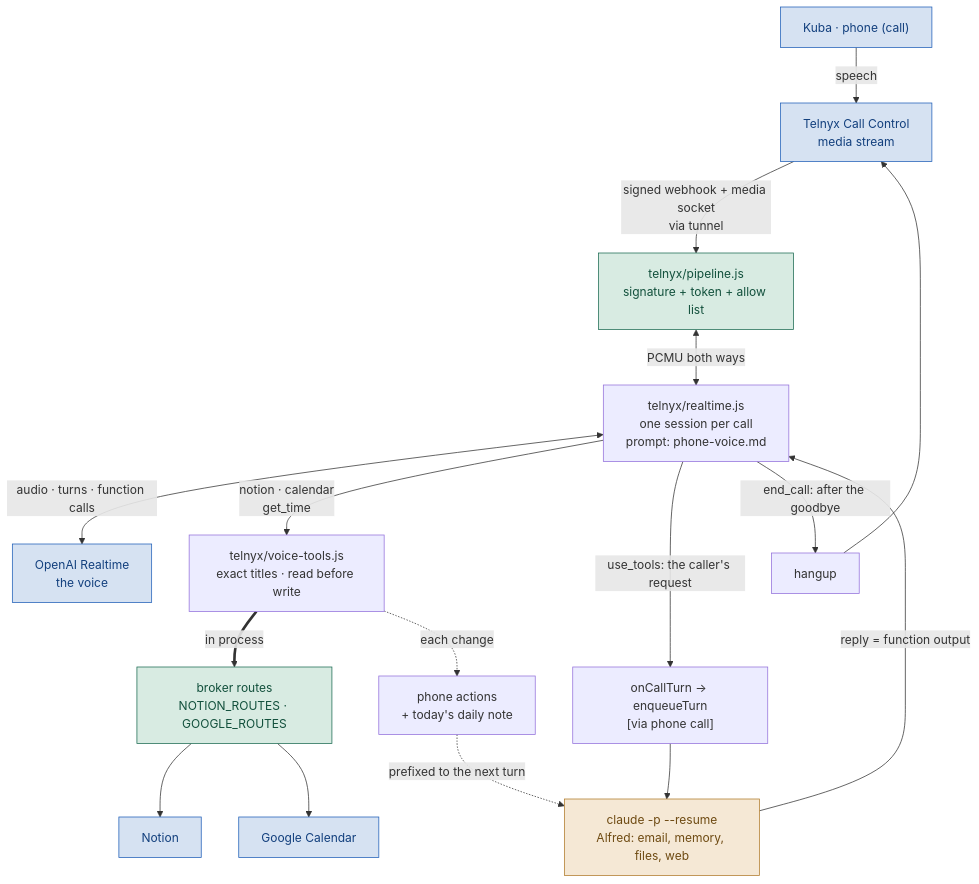
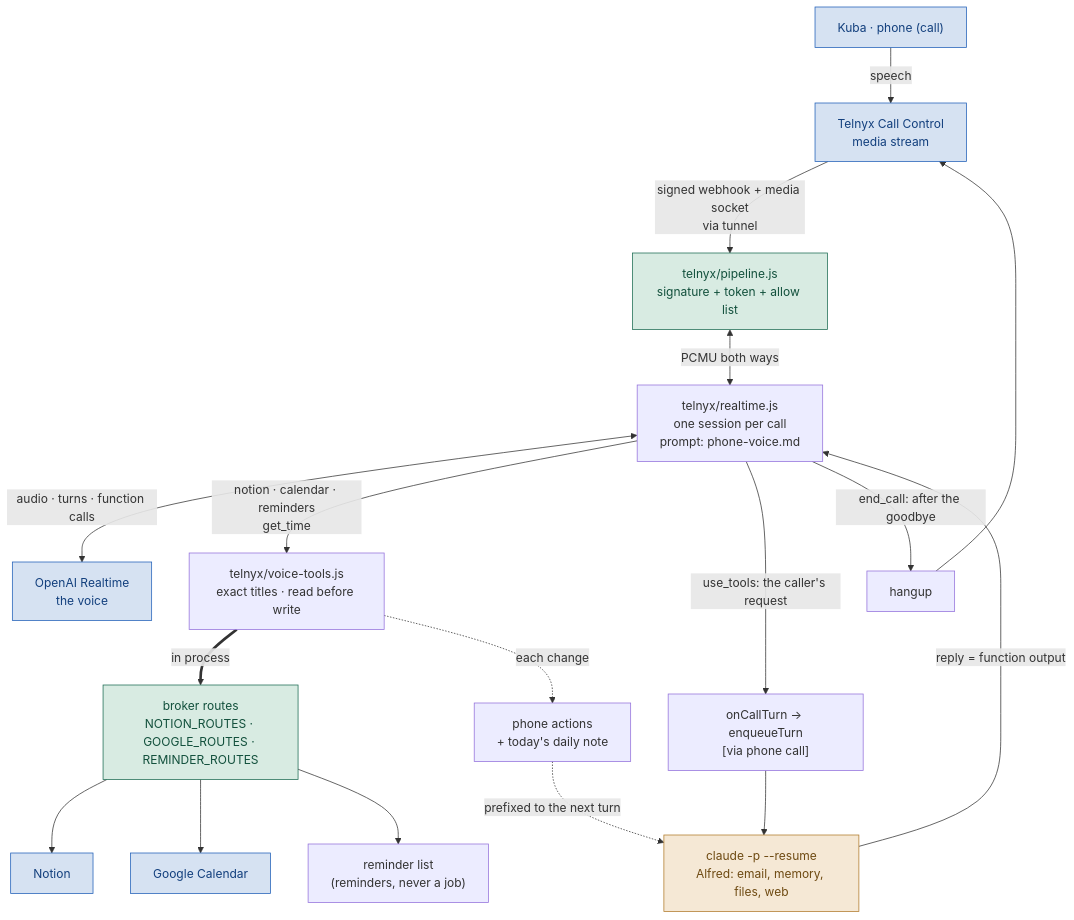
Before and after one commit to KubaJerz/alfred-node: the second of 8 diagrams in SYSTEM-MAP.md, drawn with Mermaid. The commit also changed other lines of this file and 33 other files, not shown here.

````diff
--- a/SYSTEM-MAP.md
+++ b/SYSTEM-MAP.md
@@ -220,24 +221,25 @@
 ```mermaid
 flowchart TD
     CALL["Kuba · phone (call)"] -->|speech| CC["Telnyx Call Control<br/>media stream"]
     CC -->|"signed webhook + media socket<br/>via tunnel"| VP["telnyx/pipeline.js<br/>signature + token + allow list"]
     VP <-->|"PCMU both ways"| RT["telnyx/realtime.js<br/>one session per call<br/>prompt: phone-voice.md"]
     RT <-->|"audio · turns · function calls"| OA["OpenAI Realtime<br/>the voice"]
-    RT -->|"notion · calendar<br/>get_time"| VT["telnyx/voice-tools.js<br/>exact titles · read before write"]
-    VT ==>|"in process"| BR["broker routes<br/>NOTION_ROUTES · GOOGLE_ROUTES"]
+    RT -->|"notion · calendar · reminders<br/>get_time"| VT["telnyx/voice-tools.js<br/>exact titles · read before write"]
+    VT ==>|"in process"| BR["broker routes<br/>NOTION_ROUTES · GOOGLE_ROUTES · REMINDER_ROUTES"]
     BR --> N["Notion"]
     BR --> G["Google Calendar"]
+    BR --> RL["reminder list<br/>(reminders, never a job)"]
     VT -.->|"each change"| NOTE["phone actions<br/>+ today's daily note"]
     NOTE -.->|"prefixed to the next turn"| SPAWN
     RT -->|"use_tools: the caller's request"| Q["onCallTurn → enqueueTurn<br/>[via phone call]"]
     Q --> SPAWN["claude -p --resume<br/>Alfred: email, memory, files, web"]
     SPAWN -->|"reply = function output"| RT
     RT -->|"end_call: after the goodbye"| HU["hangup"]
     HU --> CC
     classDef external fill:#d6e2f2,stroke:#1f5fb8,color:#123f7d
     classDef gateway fill:#d8ebe2,stroke:#1b6b52,color:#12503c
     classDef stack fill:#f5e8d5,stroke:#b07a2a,color:#6e4a12
     class CALL,CC,OA,N,G external
     class VP,BR gateway
     class SPAWN stack
 ```
````
